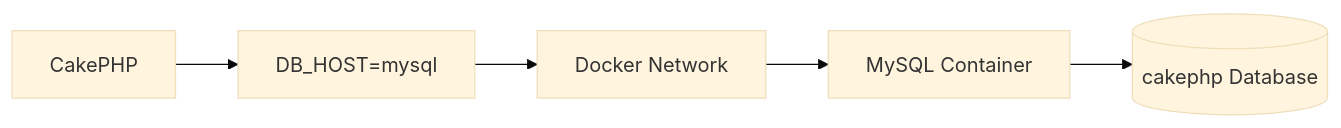
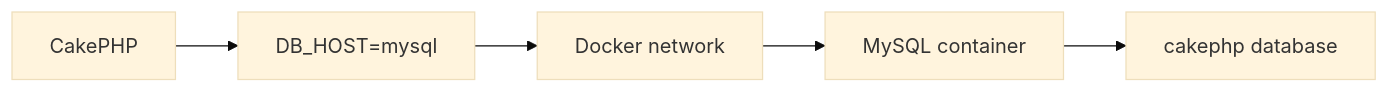
Before and after one commit to duyduyly/php-notebook: the second of 2 diagrams in docs/cake-php/cakephp-docker-development-guide.md, drawn with Mermaid (base theme). The commit also changed other lines of this file, not shown here.

Commit message:
docs(cakephp): fix Mermaid diagrams in Docker guide

````diff
--- a/docs/cake-php/cakephp-docker-development-guide.md
+++ b/docs/cake-php/cakephp-docker-development-guide.md
@@ -210,7 +210,7 @@
 ```mermaid
 flowchart LR
-    A[CakePHP] --> B[DB_HOST=mysql]
-    B --> C[Docker Network]
-    C --> D[MySQL Container]
-    D --> E[(cakephp Database)]
+    A["CakePHP"] --> B["DB_HOST=mysql"]
+    B --> C["Docker network"]
+    C --> D["MySQL container"]
+    D --> E["cakephp database"]
 ```
````
